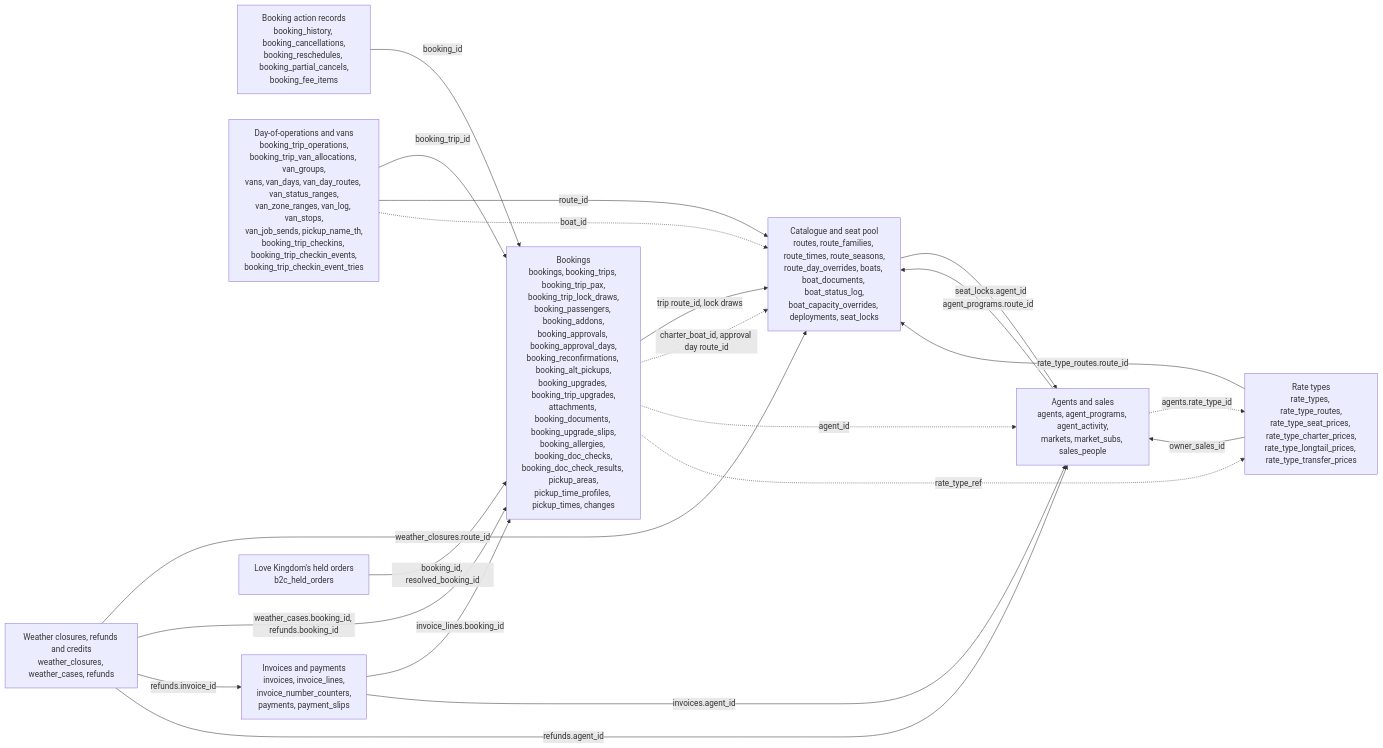
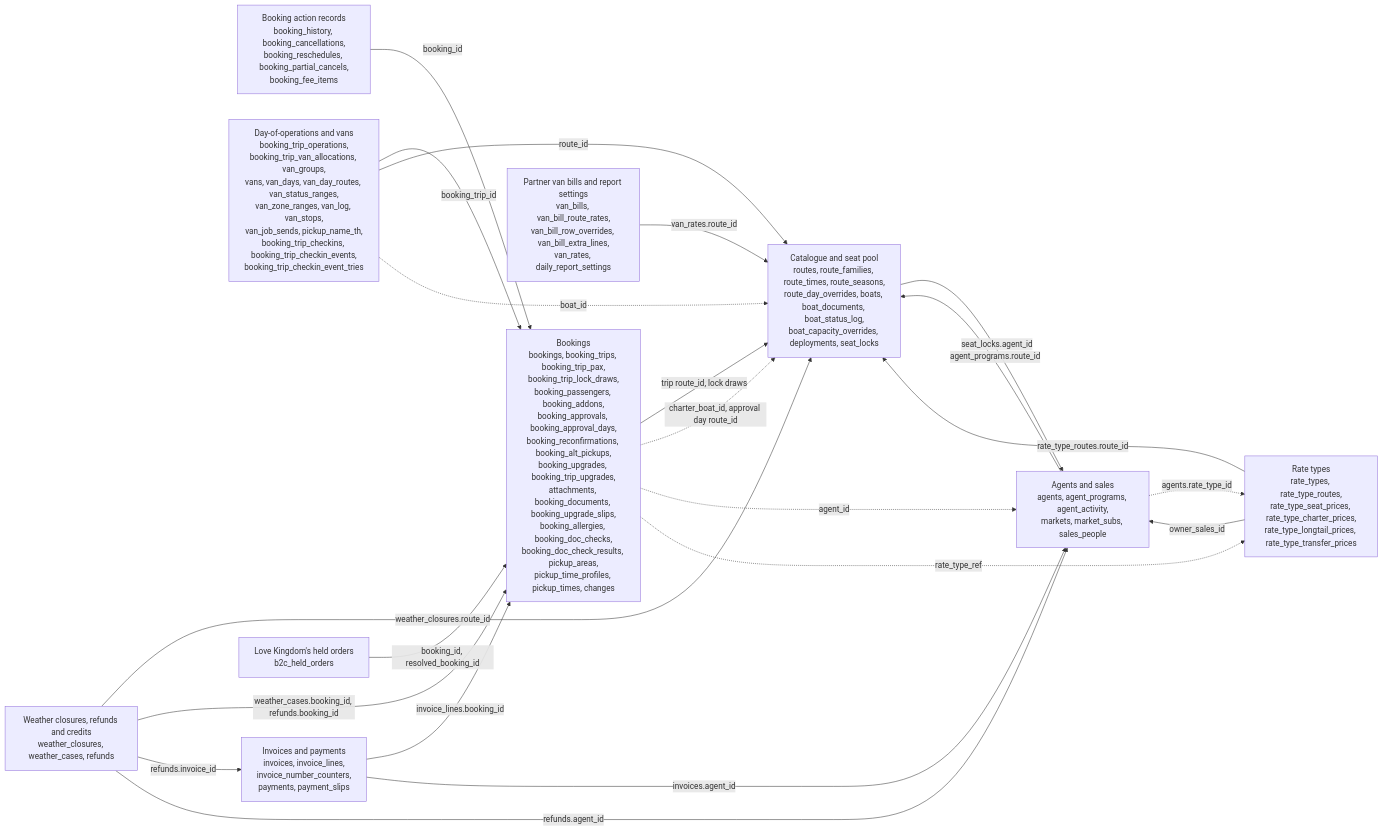
One commit to TheTaTha5/operation_backend changed the first of 11 diagrams in docs/schema.md. Above: the diagram before and after it, drawn with Mermaid. The commit also changed other lines of this file and 4 other files, not shown here.

Commit message:
docs: partner van bills and the money reports (README, schema, handoff, checklist, flagged)

````diff
--- a/docs/schema.md
+++ b/docs/schema.md
@@ -28,32 +28,34 @@
 ```mermaid
 flowchart LR
   catalogue["Catalogue and seat pool<br/>routes, route_families, route_times, route_seasons,<br/>route_day_overrides, boats, boat_documents, boat_status_log,<br/>boat_capacity_overrides, deployments, seat_locks"]
   bookings["Bookings<br/>bookings, booking_trips, booking_trip_pax,<br/>booking_trip_lock_draws,<br/>booking_passengers, booking_addons,<br/>booking_approvals, booking_approval_days,<br/>booking_reconfirmations, booking_alt_pickups,<br/>booking_upgrades, booking_trip_upgrades,<br/>attachments, booking_documents, booking_upgrade_slips,<br/>booking_allergies, booking_doc_checks,<br/>booking_doc_check_results, pickup_areas,<br/>pickup_time_profiles, pickup_times, changes"]
   actions["Booking action records<br/>booking_history, booking_cancellations,<br/>booking_reschedules, booking_partial_cancels,<br/>booking_fee_items"]
   ops["Day-of-operations and vans<br/>booking_trip_operations,<br/>booking_trip_van_allocations, van_groups,<br/>vans, van_days, van_day_routes, van_status_ranges,<br/>van_zone_ranges, van_log, van_stops,<br/>van_job_sends, pickup_name_th,<br/>booking_trip_checkins, booking_trip_checkin_events,<br/>booking_trip_checkin_event_tries"]
   sales["Agents and sales<br/>agents, agent_programs, agent_activity,<br/>markets, market_subs, sales_people"]
   money["Invoices and payments<br/>invoices, invoice_lines,<br/>invoice_number_counters,<br/>payments, payment_slips"]
   rates["Rate types<br/>rate_types, rate_type_routes,<br/>rate_type_seat_prices, rate_type_charter_prices,<br/>rate_type_longtail_prices, rate_type_transfer_prices"]
 
   bookings -- "trip route_id, lock draws" --> catalogue
   bookings -. "charter_boat_id, approval day route_id" .-> catalogue
   actions -- "booking_id" --> bookings
   ops -- "booking_trip_id" --> bookings
   ops -- "route_id" --> catalogue
   ops -. "boat_id" .-> catalogue
   sales -- "agent_programs.route_id" --> catalogue
   bookings -. "agent_id" .-> sales
   catalogue -- "seat_locks.agent_id" --> sales
   rates -- "rate_type_routes.route_id" --> catalogue
   rates -- "owner_sales_id" --> sales
   sales -. "agents.rate_type_id" .-> rates
   bookings -. "rate_type_ref" .-> rates
   money -- "invoice_lines.booking_id" --> bookings
   money -- "invoices.agent_id" --> sales
   b2c["Love Kingdom's held orders<br/>b2c_held_orders"] -- "booking_id, resolved_booking_id" --> bookings
   weather["Weather closures, refunds and credits<br/>weather_closures, weather_cases, refunds"]
   weather -- "weather_closures.route_id" --> catalogue
   weather -- "weather_cases.booking_id, refunds.booking_id" --> bookings
   weather -- "refunds.invoice_id" --> money
   weather -- "refunds.agent_id" --> sales
+  vanbills["Partner van bills and report settings<br/>van_bills, van_bill_route_rates,<br/>van_bill_row_overrides, van_bill_extra_lines,<br/>van_rates, daily_report_settings"]
+  vanbills -- "van_rates.route_id" --> catalogue
 ```
````
